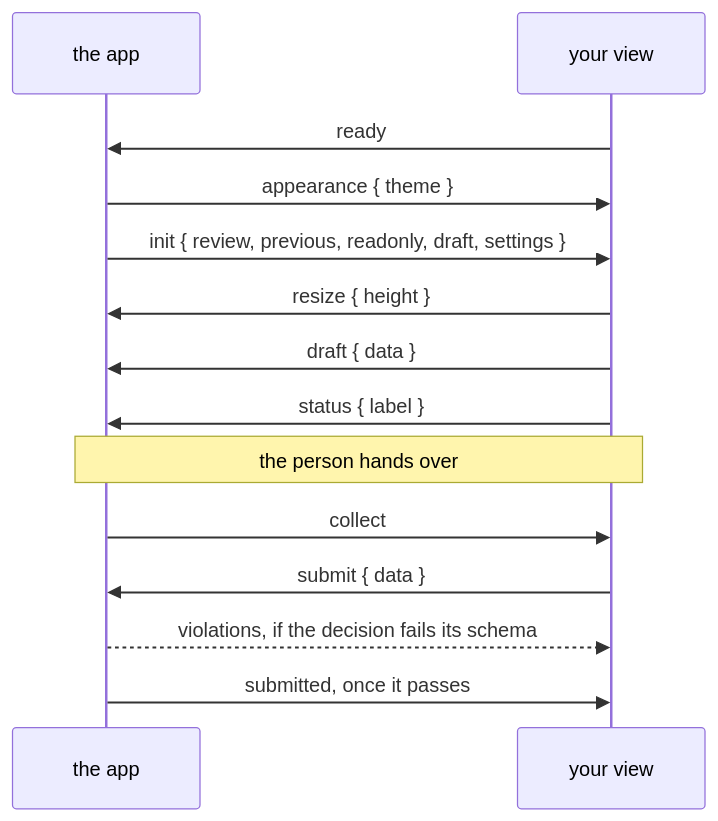
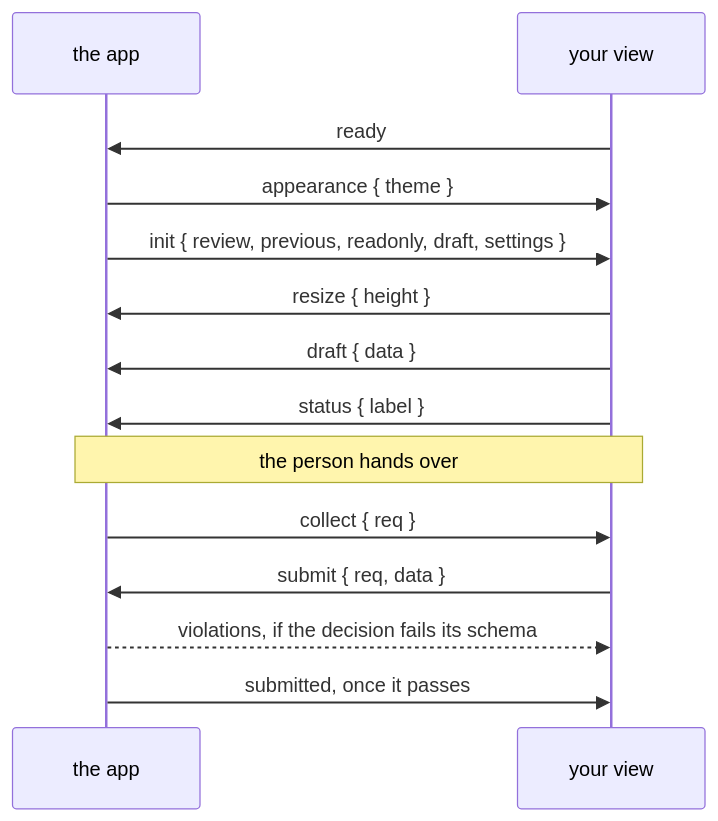
The diagram in docs/building/protocol.md (forgeplane/pinrail), drawn with Mermaid before and after one commit. The commit also changed other lines of this file and 4 other files, not shown here.

````diff
--- a/docs/building/protocol.md
+++ b/docs/building/protocol.md
@@ -22,16 +22,16 @@
 ```mermaid title="A review's life, from the view's side"
 sequenceDiagram
   participant S as the app
   participant V as your view
   V->>S: ready
   S->>V: appearance { theme }
   S->>V: init { review, previous, readonly, draft, settings }
   V->>S: resize { height }
   V->>S: draft { data }
   V->>S: status { label }
   Note over S,V: the person hands over
-  S->>V: collect
-  V->>S: submit { data }
+  S->>V: collect { req }
+  V->>S: submit { req, data }
   S-->>V: violations, if the decision fails its schema
   S->>V: submitted, once it passes
 ```
````
